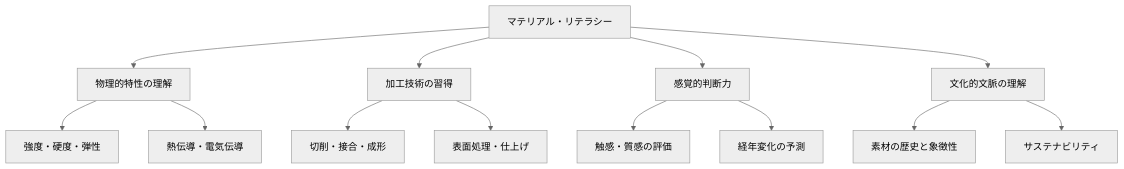
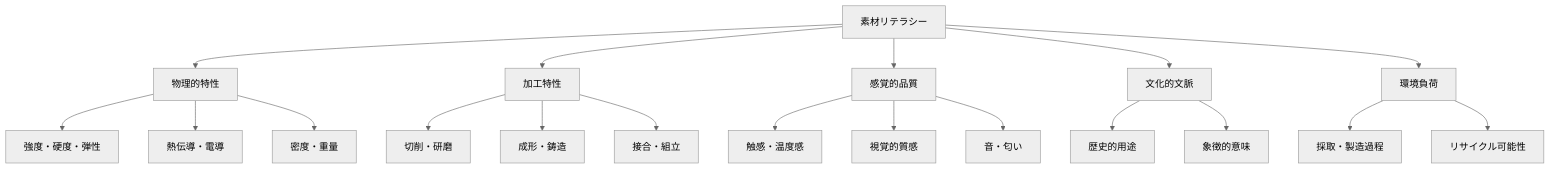
The first of 3 diagrams in docs/books/04-critical-making/ch01-materials-craft.md (Hide-nu/Designer-curriculum), drawn with Mermaid (neutral theme) before and after one commit. The commit also changed other lines of this file and 13 other files, not shown here.

````diff
--- a/docs/books/04-critical-making/ch01-materials-craft.md
+++ b/docs/books/04-critical-making/ch01-materials-craft.md
@@ -13,15 +17,26 @@
 ```mermaid
 graph TD
-    A[マテリアル・リテラシー] --> B[物理的特性の理解]
-    A --> C[加工技術の習得]
-    A --> D[感覚的判断力]
-    A --> E[文化的文脈の理解]
-    B --> F[強度・硬度・弾性]
-    B --> G[熱伝導・電気伝導]
-    C --> H[切削・接合・成形]
-    C --> I[表面処理・仕上げ]
-    D --> J[触感・質感の評価]
-    D --> K[経年変化の予測]
-    E --> L[素材の歴史と象徴性]
-    E --> M[サステナビリティ]
+    A[素材リテラシー] --> B[物理的特性]
+    A --> C[加工特性]
+    A --> D[感覚的品質]
+    A --> E[文化的文脈]
+    A --> F[環境負荷]
+
+    B --> B1[強度・硬度・弾性]
+    B --> B2[熱伝導・電導]
+    B --> B3[密度・重量]
+
+    C --> C1[切削・研磨]
+    C --> C2[成形・鋳造]
+    C --> C3[接合・組立]
+
+    D --> D1[触感・温度感]
+    D --> D2[視覚的質感]
+    D --> D3[音・匂い]
+
+    E --> E1[歴史的用途]
+    E --> E2[象徴的意味]
+
+    F --> F1[採取・製造過程]
+    F --> F2[リサイクル可能性]
 ```
````
